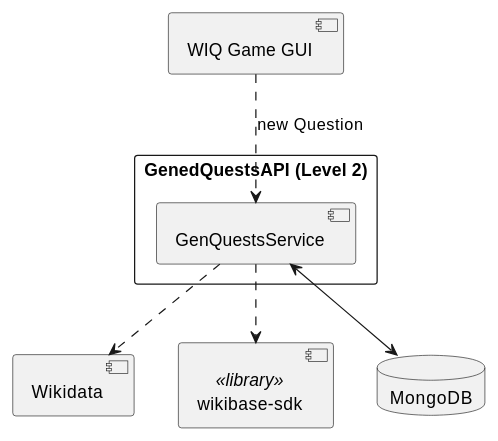
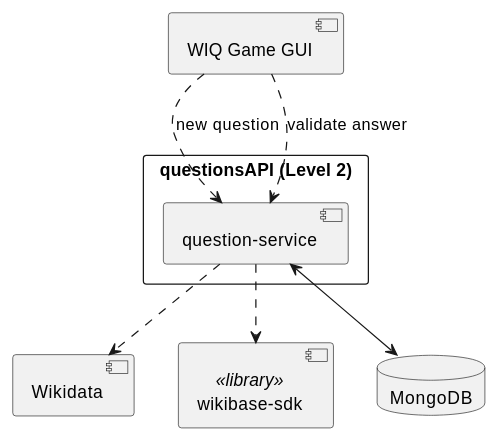
The second of 2 diagrams in docs/src/05_building_block_view.adoc (Arquisoft/wiq_en1a), drawn with PlantUML before and after one commit. The commit also changed other lines of this file and 5 other files, not shown here.

```diff
--- a/docs/src/05_building_block_view.adoc
+++ b/docs/src/05_building_block_view.adoc
@@ -160,14 +166,15 @@
-[plantuml,"Generated Questions API (WhiteBox)",png]
+[plantuml,"questions API (WhiteBox)",png]
 ----
 [Wikidata]
 [wikibase-sdk] <<library>>
 [WIQ Game GUI]
 database MongoDB
 
-rectangle "GenedQuestsAPI (Level 2)"{
-[GenQuestsService] ..> [wikibase-sdk]
-[GenQuestsService] ..> [Wikidata]
-[GenQuestsService] <--> MongoDB
-[WIQ Game GUI] ..> [GenQuestsService] : new Question
+rectangle "questionsAPI (Level 2)"{
+[question-service] ..> [wikibase-sdk]
+[question-service] ..> [Wikidata]
+[question-service] <--> MongoDB
+[WIQ Game GUI] ..> [question-service] : new question
+[WIQ Game GUI] ..> [question-service] : validate answer
 }
 ----
```
